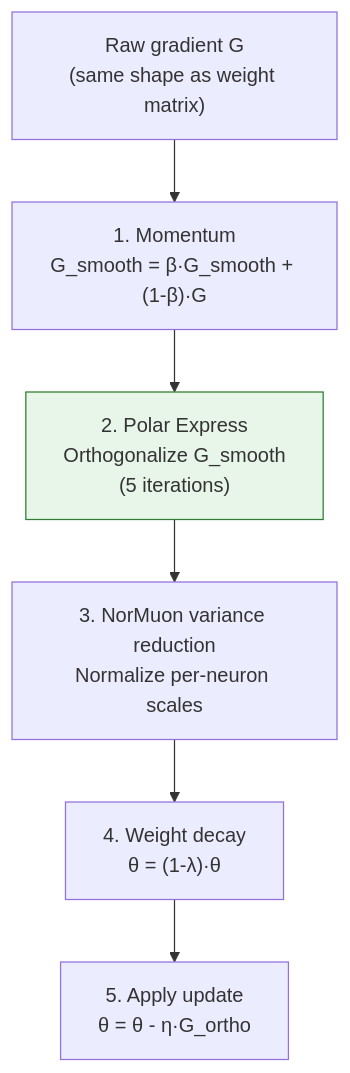
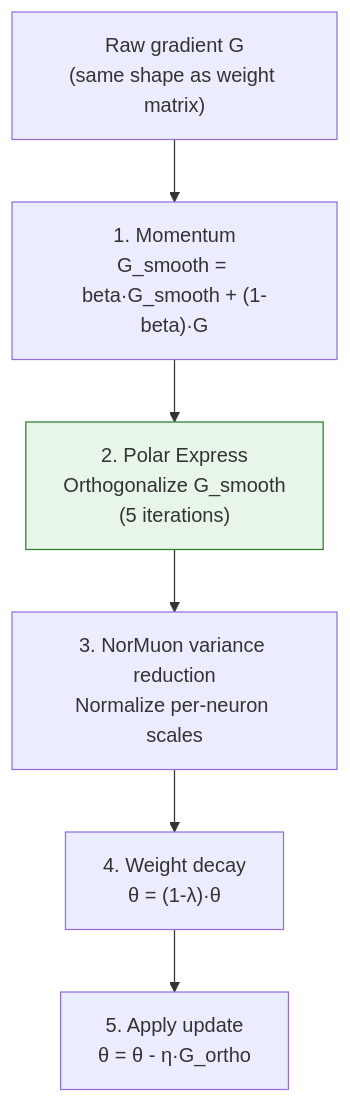
One commit to meever/nanochat changed the third of 5 diagrams in learn/06_optimizer.md. Above: the diagram before and after it, drawn with Mermaid. The commit also changed other lines of this file and 11 other files, not shown here.

````diff
--- a/learn/06_optimizer.md
+++ b/learn/06_optimizer.md
@@ -134,10 +134,10 @@
 ```mermaid
 flowchart TD
-  G["Raw gradient G\n(same shape as weight matrix)"] --> Mom["1. Momentum\nG_smooth = β·G_smooth + (1-β)·G"]
+  G["Raw gradient G\n(same shape as weight matrix)"] --> Mom["1. Momentum\nG_smooth = beta·G_smooth + (1-beta)·G"]
   Mom --> PE["2. Polar Express\nOrthogonalize G_smooth\n(5 iterations)"]
   PE --> NM["3. NorMuon variance reduction\nNormalize per-neuron scales"]
   NM --> WD["4. Weight decay\nθ = (1-λ)·θ"]
   WD --> Update["5. Apply update\nθ = θ - η·G_ortho"]
 
   style PE fill:#e8f5e9,stroke:#2e7d32
 ```
````
